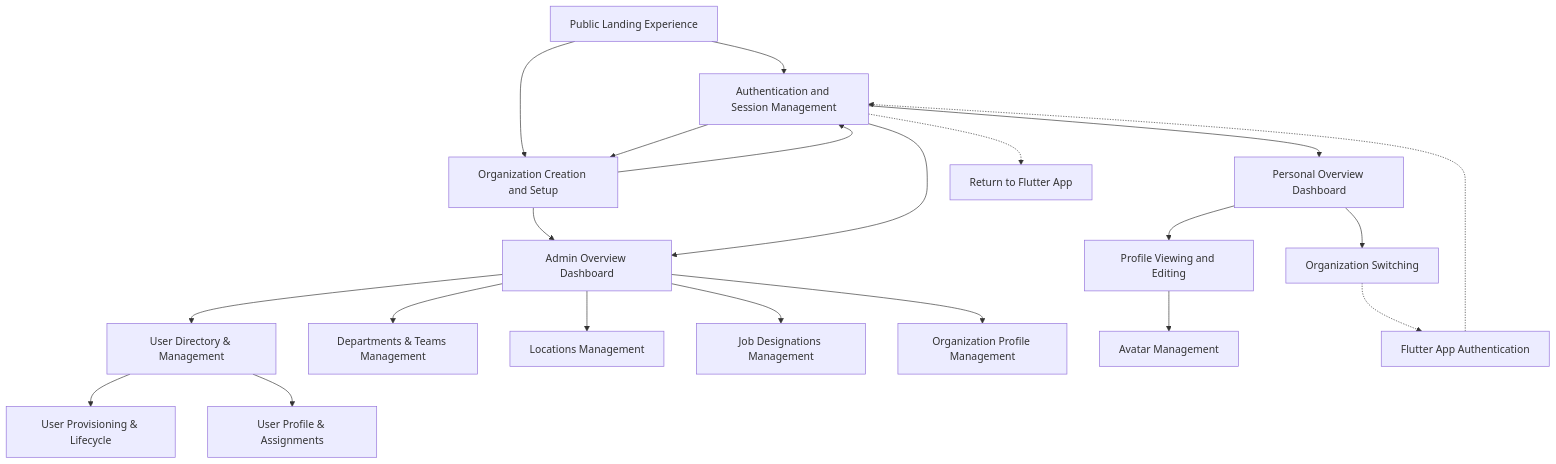
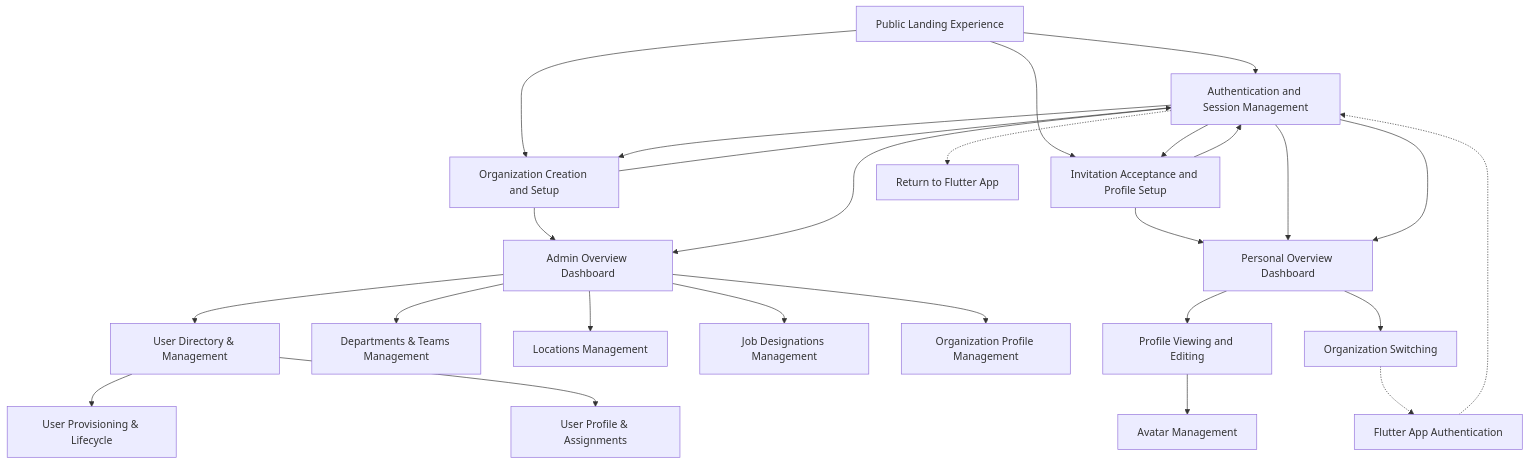
Before and after one commit to circle-ecosystem/ai-docs: the diagram in circle-ecosystem/circle-foundation/foundations-feature-listing.md, drawn with Mermaid. The commit also changed other lines of this file, not shown here.

````diff
--- a/circle-ecosystem/circle-foundation/foundations-feature-listing.md
+++ b/circle-ecosystem/circle-foundation/foundations-feature-listing.md
@@ -511,42 +548,53 @@
 ```mermaid
 graph TD
     %% Guest User Platform Discovery Module
     A1[Public Landing Experience] --> B1[Authentication and Session Management]
     A1 --> C1[Organization Creation and Setup]
+    A1 --> D1[Invitation Acceptance and Profile Setup]
     
     %% Organization Creation Flow
     C1 --> B1
     B1 --> C1
-    C1 --> D1[Admin Overview Dashboard]
+    C1 --> E1[Admin Overview Dashboard]
+    
+    %% Invitation Flow
+    D1 --> B1
+    B1 --> D1
+    D1 --> J1[Personal Overview Dashboard]
     
     %% Organization Administrator - Admin Dashboard Module
-    B1[Authentication and Session Management] --> D1[Admin Overview Dashboard]
+    B1[Authentication and Session Management] --> E1[Admin Overview Dashboard]
     
     %% Organization Administrator - People Management Module
-    D1 --> P1[User Directory & Management]
+    E1 --> P1[User Directory & Management]
     P1 --> P2[User Provisioning & Lifecycle]
     P1 --> P3[User Profile & Assignments]
     
     %% Organization Administrator - Organization Configuration Module
-    D1 --> O1[Departments & Teams Management]
-    D1 --> O2[Locations Management]
-    D1 --> O3[Job Designations Management]
+    E1 --> O1[Departments & Teams Management]
+    E1 --> O2[Locations Management]
+    E1 --> O3[Job Designations Management]
     
     %% Organization Administrator - Organization Settings Module
-    D1 --> S1[Organization Profile Management]
+    E1 --> S1[Organization Profile Management]
+    
+    %% Organization Member - User Dashboard Module
+    B1[Authentication and Session Management] --> J1[Personal Overview Dashboard]
+    
+
     
     %% Organization Member - User Dashboard Module
     B1[Authentication and Session Management] --> J1[Personal Overview Dashboard]
     
     %% Organization Member - Profile Management Module
     J1 --> K1[Profile Viewing and Editing]
     K1 --> K2[Avatar Management]
     
     %% Organization Member - Account Management Module
     J1 --> M2[Organization Switching]
     
     %% Flutter App Handoff Points
     N1[Flutter App Authentication] -.-> B1[Authentication and Session Management]
     B1[Authentication and Session Management] -.-> N2[Return to Flutter App]
     M2[Organization Switching] -.-> N1
 ```
````
